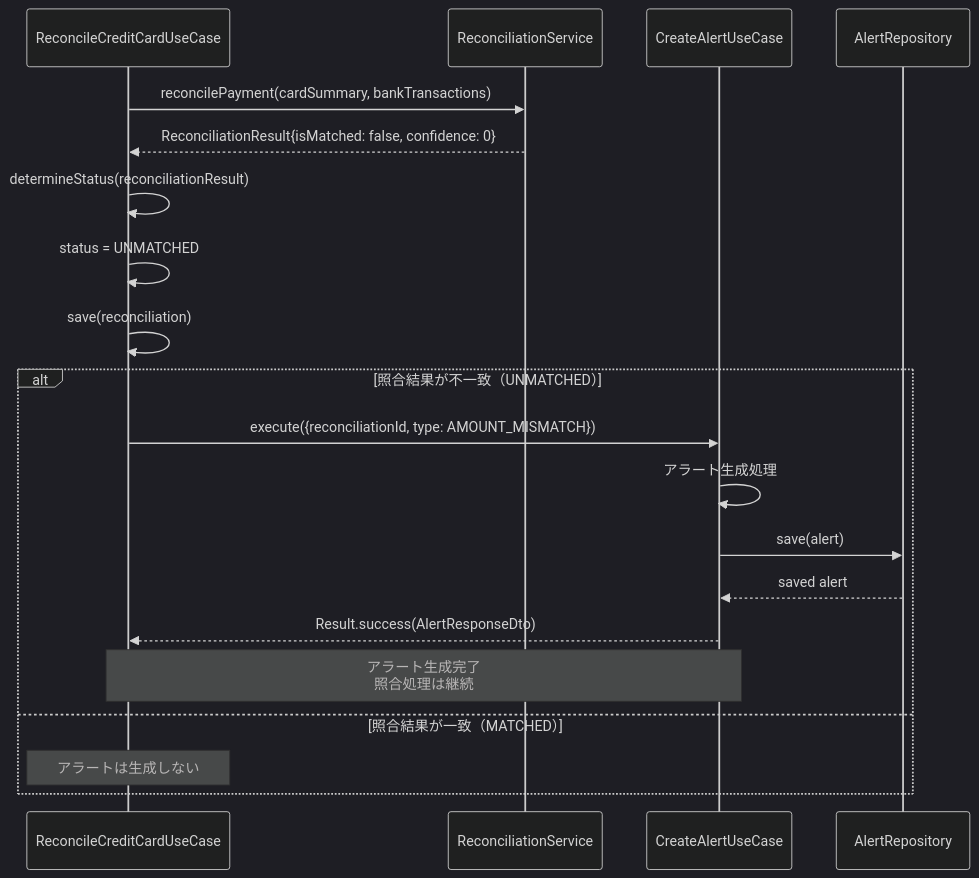
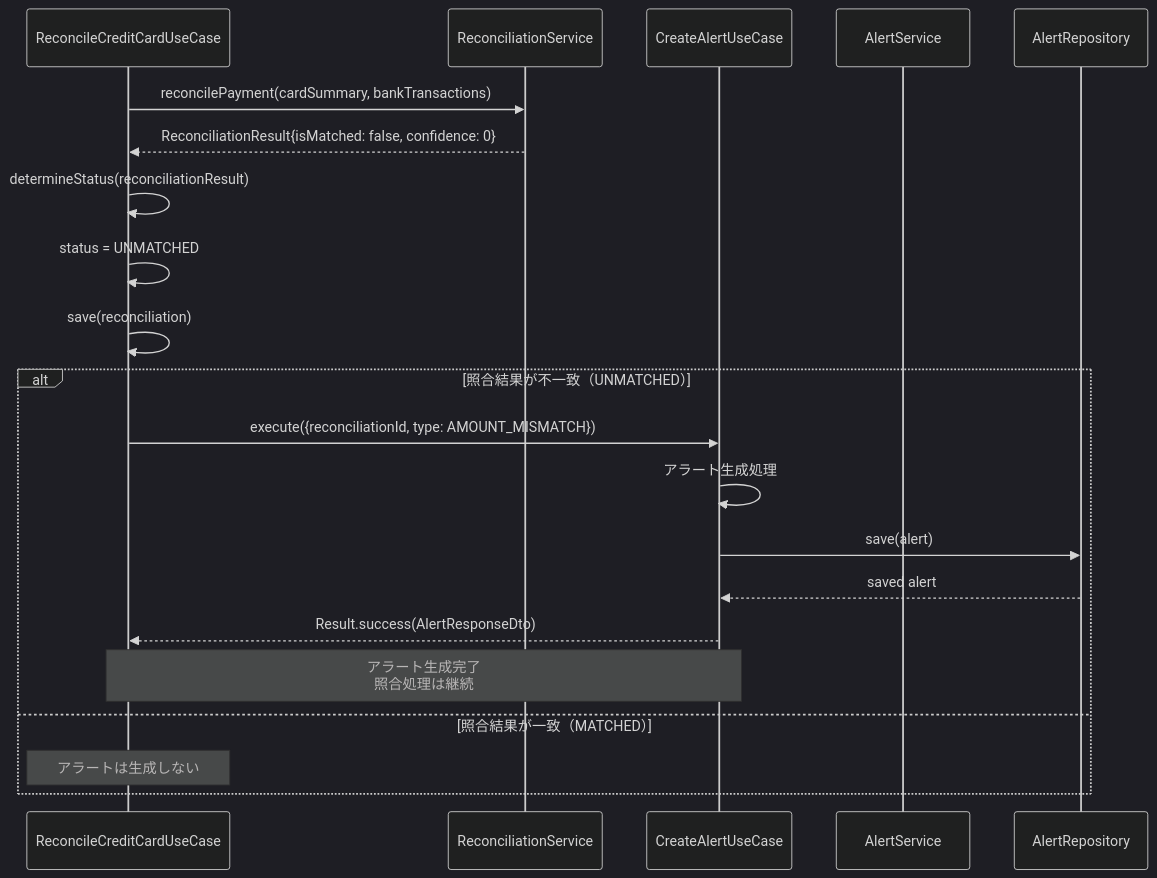
Before and after one commit to kencom2400/account-book: the eighth of 8 diagrams in docs/detailed-design/FR-015_inconsistency-alert/sequence-diagrams.md, drawn with Mermaid (dark theme). The commit also changed other lines of this file and 3 other files, not shown here.

````diff
--- a/docs/detailed-design/FR-015_inconsistency-alert/sequence-diagrams.md
+++ b/docs/detailed-design/FR-015_inconsistency-alert/sequence-diagrams.md
@@ -353,27 +360,28 @@
 ```mermaid
 sequenceDiagram
     participant RC as ReconcileCreditCardUseCase
     participant RS as ReconciliationService
     participant CA as CreateAlertUseCase
+    participant AS as AlertService
     participant AR as AlertRepository
 
     RC->>RS: reconcilePayment(cardSummary, bankTransactions)
     RS-->>RC: ReconciliationResult{isMatched: false, confidence: 0}
 
     RC->>RC: determineStatus(reconciliationResult)
     RC->>RC: status = UNMATCHED
 
     RC->>RC: save(reconciliation)
 
     alt 照合結果が不一致（UNMATCHED）
         RC->>CA: execute({reconciliationId, type: AMOUNT_MISMATCH})
         CA->>CA: アラート生成処理
         CA->>AR: save(alert)
         AR-->>CA: saved alert
         CA-->>RC: Result.success(AlertResponseDto)
 
         Note over RC,CA: アラート生成完了<br/>照合処理は継続
     else 照合結果が一致（MATCHED）
         Note over RC: アラートは生成しない
     end
 ```
````
